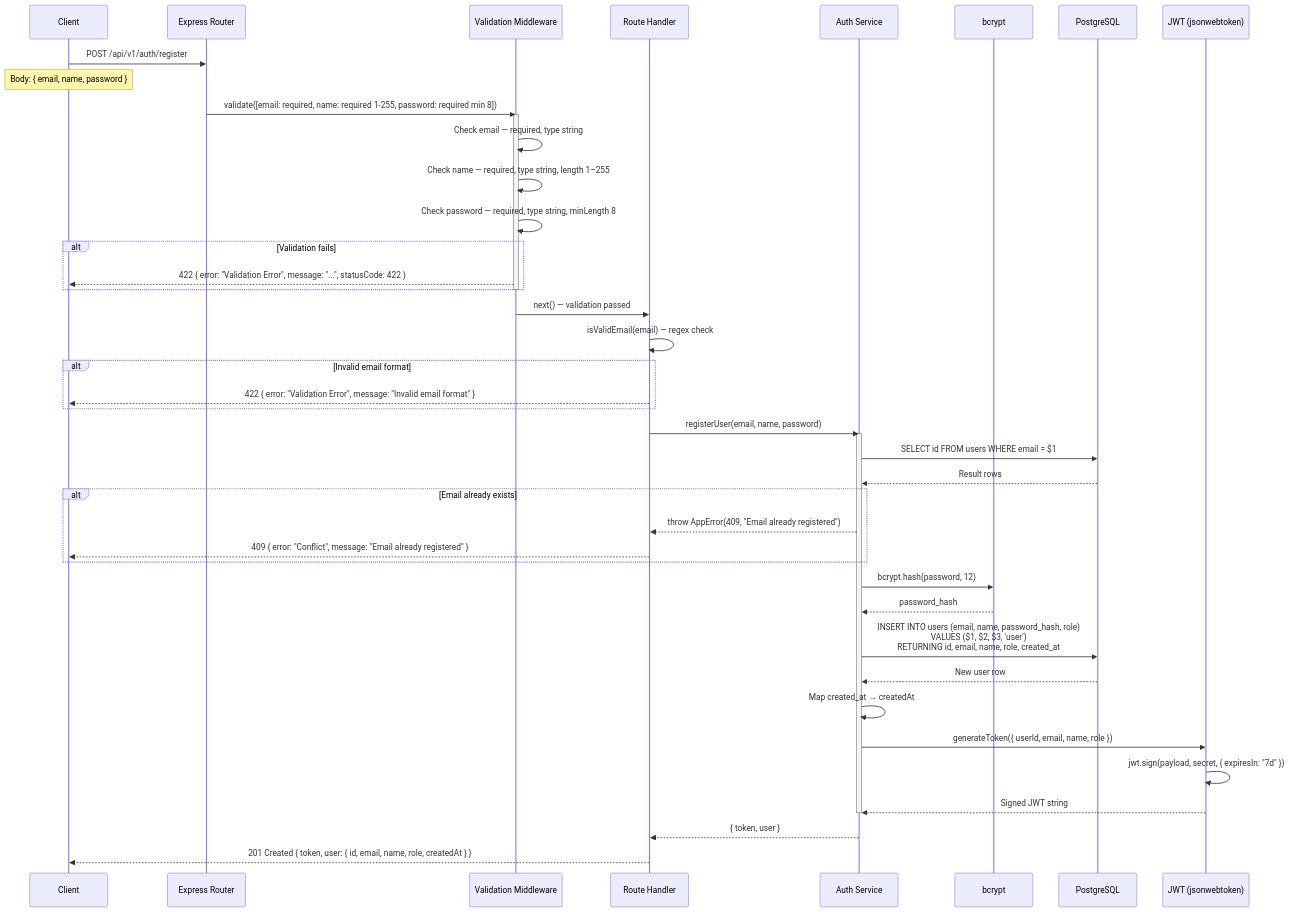
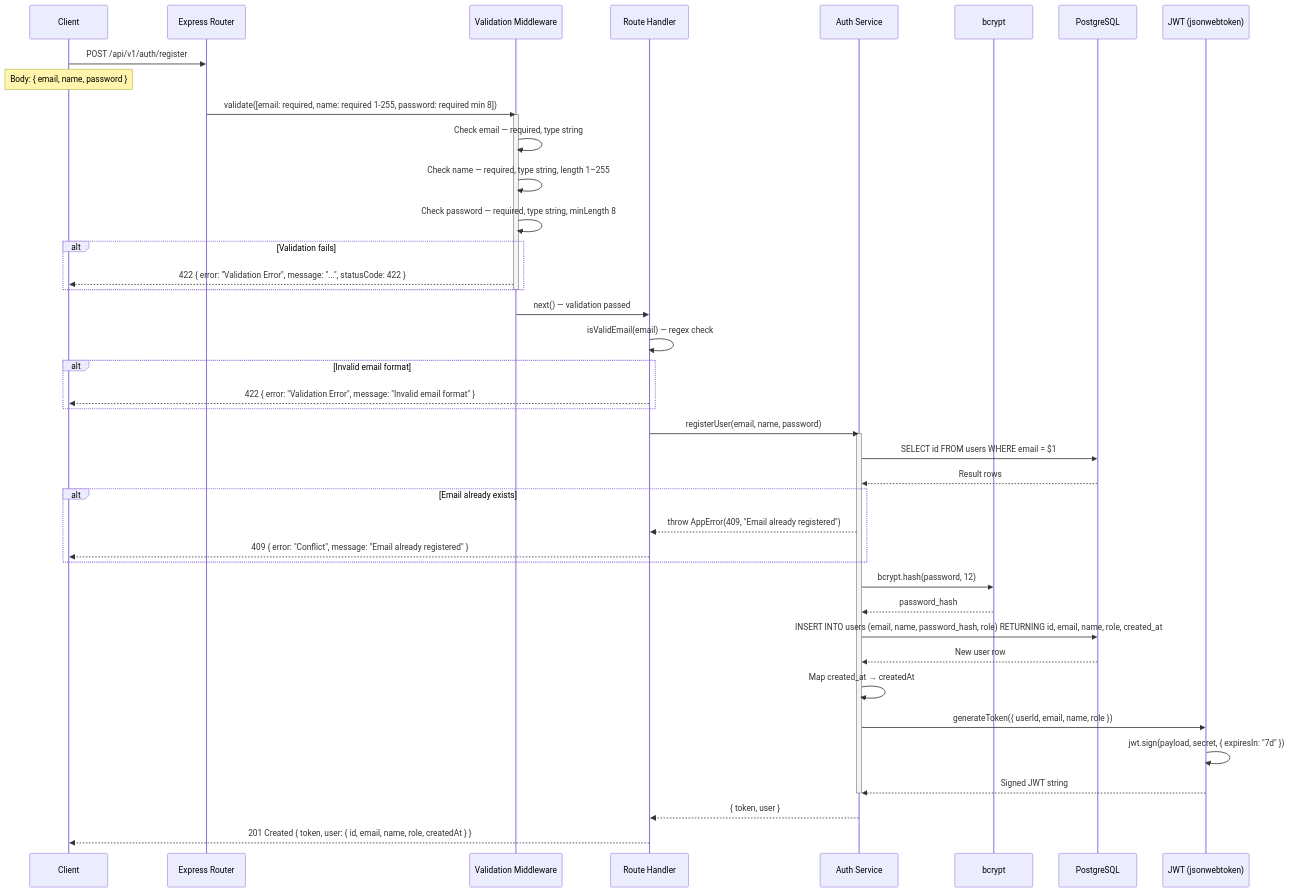
The diagram in documentation/diagrams/seq-user-registration.md (coakenfold/p-100226), drawn with Mermaid before and after one commit. The commit also changed 3 other files, not shown here.

Commit message:
feat: sequence diagrams refactor/fix

````diff
--- a/documentation/diagrams/seq-user-registration.md
+++ b/documentation/diagrams/seq-user-registration.md
@@ -6,61 +6,61 @@
 ```mermaid
 sequenceDiagram
     participant C as Client
     participant E as Express Router
     participant V as Validation Middleware
     participant R as Route Handler
     participant S as Auth Service
     participant BC as bcrypt
     participant DB as PostgreSQL
     participant JWT as JWT (jsonwebtoken)
 
     C->>E: POST /api/v1/auth/register
     Note over C: Body: { email, name, password }
 
     E->>V: validate([email: required, name: required 1-255, password: required min 8])
     activate V
 
     V->>V: Check email — required, type string
     V->>V: Check name — required, type string, length 1–255
     V->>V: Check password — required, type string, minLength 8
 
     alt Validation fails
         V-->>C: 422 { error: "Validation Error", message: "...", statusCode: 422 }
     end
 
     deactivate V
     V->>R: next() — validation passed
 
     R->>R: isValidEmail(email) — regex check
     alt Invalid email format
         R-->>C: 422 { error: "Validation Error", message: "Invalid email format" }
     end
 
     R->>S: registerUser(email, name, password)
     activate S
 
     S->>DB: SELECT id FROM users WHERE email = $1
     DB-->>S: Result rows
 
     alt Email already exists
         S-->>R: throw AppError(409, "Email already registered")
         R-->>C: 409 { error: "Conflict", message: "Email already registered" }
     end
 
     S->>BC: bcrypt.hash(password, 12)
     BC-->>S: password_hash
 
-    S->>DB: INSERT INTO users (email, name, password_hash, role)<br/>VALUES ($1, $2, $3, 'user')<br/>RETURNING id, email, name, role, created_at
+    S->>DB: INSERT INTO users (email, name, password_hash, role) RETURNING id, email, name, role, created_at
     DB-->>S: New user row
 
     S->>S: Map created_at → createdAt
 
     S->>JWT: generateToken({ userId, email, name, role })
     JWT->>JWT: jwt.sign(payload, secret, { expiresIn: "7d" })
     JWT-->>S: Signed JWT string
 
     deactivate S
     S-->>R: { token, user }
 
     R-->>C: 201 Created { token, user: { id, email, name, role, createdAt } }
 ```
````
